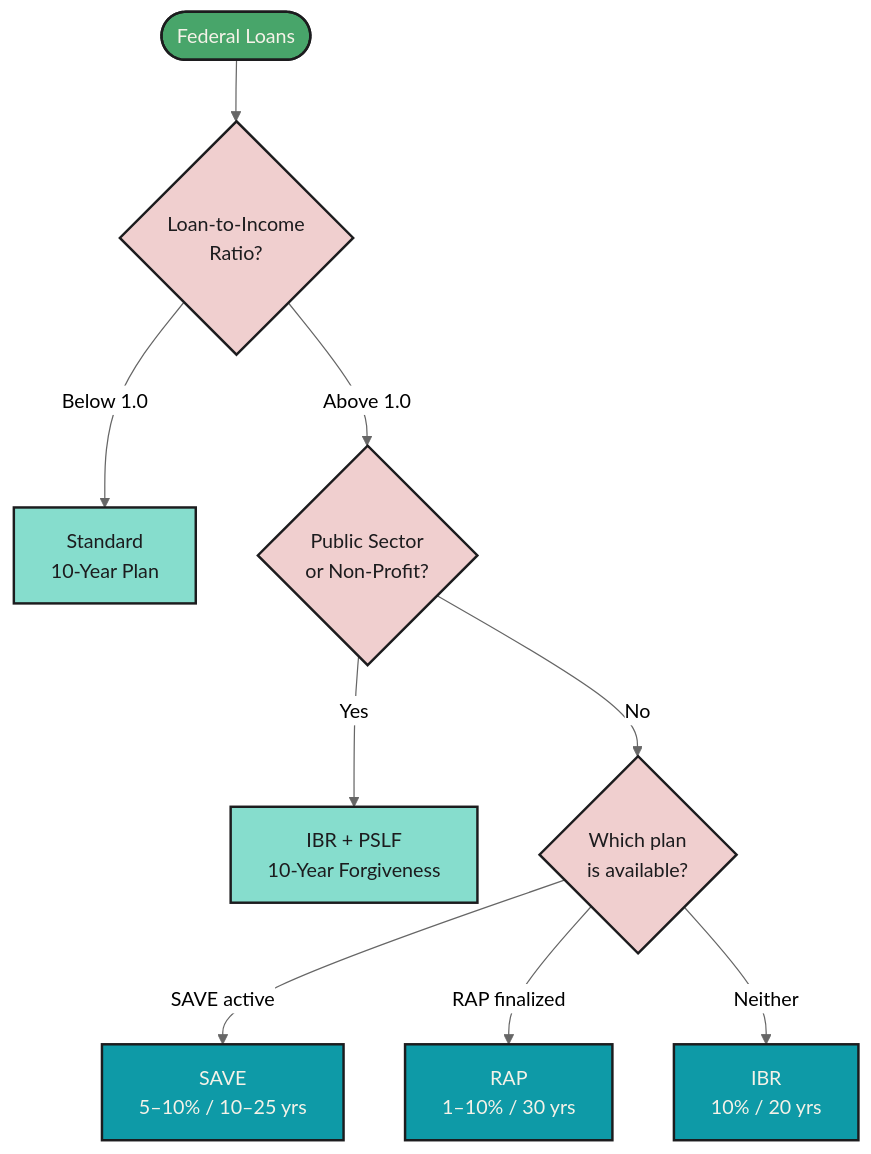
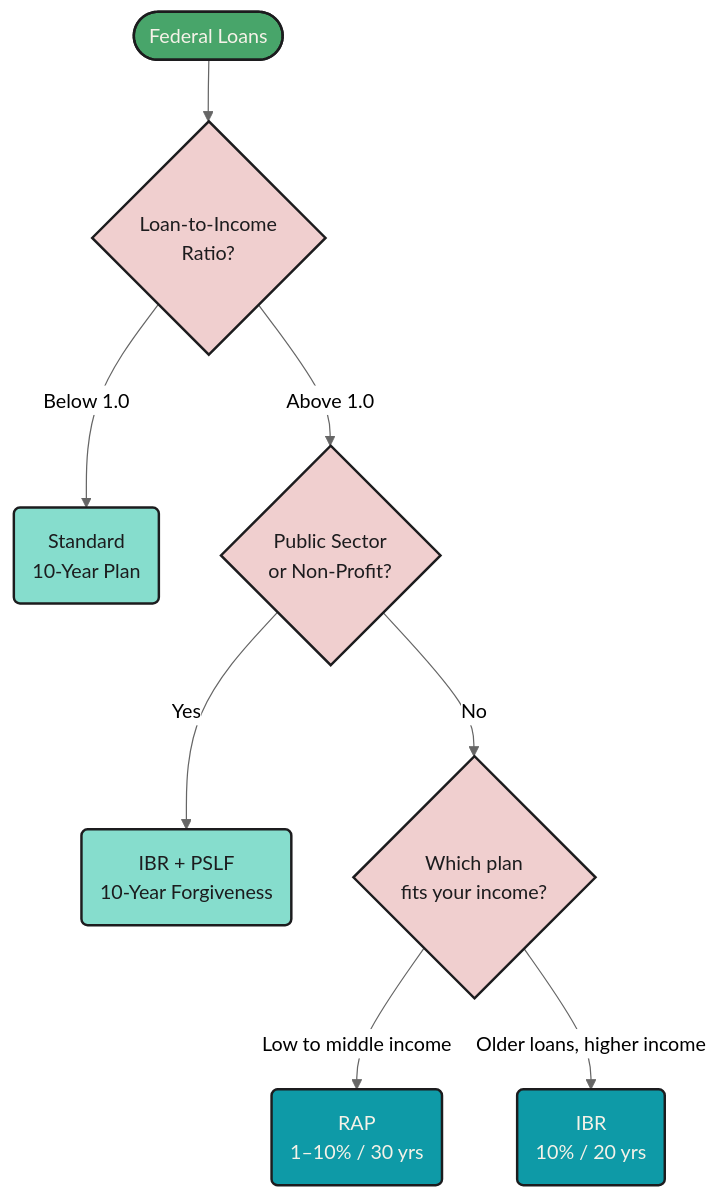
Before and after one commit to mjfrigaard/fm-finance: the fourth of 7 diagrams in managing_debt.qmd, drawn with Mermaid. The commit also changed other lines of this file and 20 other files, not shown here.

Commit message:
updates to mermaid diagrams

````diff
--- a/managing_debt.qmd
+++ b/managing_debt.qmd
@@ -250,24 +224,22 @@
 ```{mermaid}
 %%| fig-cap: 'Choosing an IDR Plan'
 %%| fig-align: center
-%%{init: {'theme': 'neutral', 'themeVariables': { 'fontFamily': 'monospace', "fontSize":"16px"}}}%%
+%%{init: {'theme': 'neutral', 'themeVariables': { 'fontFamily': 'monospace', "darkMode":false, "fontSize":"16px"}}}%%
 
 flowchart TD
-    FedLoans([Federal Loans]) --> LICheck{Loan-to-Income<br>Ratio?}
-    LICheck -->|"Below 1.0"| StdPlan[Standard<br>10-Year Plan]
-    LICheck -->|"Above 1.0"| PubSvc{Public Sector<br>or Non-Profit?}
-    PubSvc -->|Yes| PSLFTrack[IBR + PSLF<br>10-Year Forgiveness]
-    PubSvc -->|No| PlanAvail{Which plan<br>is available?}
-    PlanAvail -->|SAVE active| SAVEOpt[SAVE<br>5–10% / 10–25 yrs]
-    PlanAvail -->|RAP finalized| RAPOpt[RAP<br>1–10% / 30 yrs]
-    PlanAvail -->|Neither| IBROpt[IBR<br>10% / 20 yrs]
+    FedLoans(["Federal Loans"]) --> LICheck{"Loan-to-Income<br>Ratio?"}
+    LICheck -->|"Below 1.0"| StdPlan("Standard<br>10-Year Plan")
+    LICheck -->|"Above 1.0"| PubSvc{"Public Sector<br>or Non-Profit?"}
+    PubSvc -->|"Yes"| PSLFTrack("IBR + PSLF<br>10-Year Forgiveness")
+    PubSvc -->|"No"| PlanAvail{"Which plan<br>fits your income?"}
+    PlanAvail -->|"Low to middle income"| RAPOpt("RAP<br>1–10% / 30 yrs")
+    PlanAvail -->|"Older loans, higher income"| IBROpt("IBR<br>10% / 20 yrs")
     style FedLoans fill:#48a56a,color:#F5F2E8,stroke:#1C1C1E,stroke-width:2px
     style LICheck fill:#f0cfcf,color:#1C1C1E,stroke:#1C1C1E,stroke-width:2px
     style StdPlan fill:#86ddcd,color:#1C1C1E,stroke:#1C1C1E,stroke-width:2px
     style PubSvc fill:#f0cfcf,color:#1C1C1E,stroke:#1C1C1E,stroke-width:2px
     style PSLFTrack fill:#86ddcd,color:#1C1C1E,stroke:#1C1C1E,stroke-width:2px
     style PlanAvail fill:#f0cfcf,color:#1C1C1E,stroke:#1C1C1E,stroke-width:2px
-    style SAVEOpt fill:#0e9aa7,color:#F5F2E8,stroke:#1C1C1E,stroke-width:2px
     style RAPOpt fill:#0e9aa7,color:#F5F2E8,stroke:#1C1C1E,stroke-width:2px
     style IBROpt fill:#0e9aa7,color:#F5F2E8,stroke:#1C1C1E,stroke-width:2px
 ```
````
